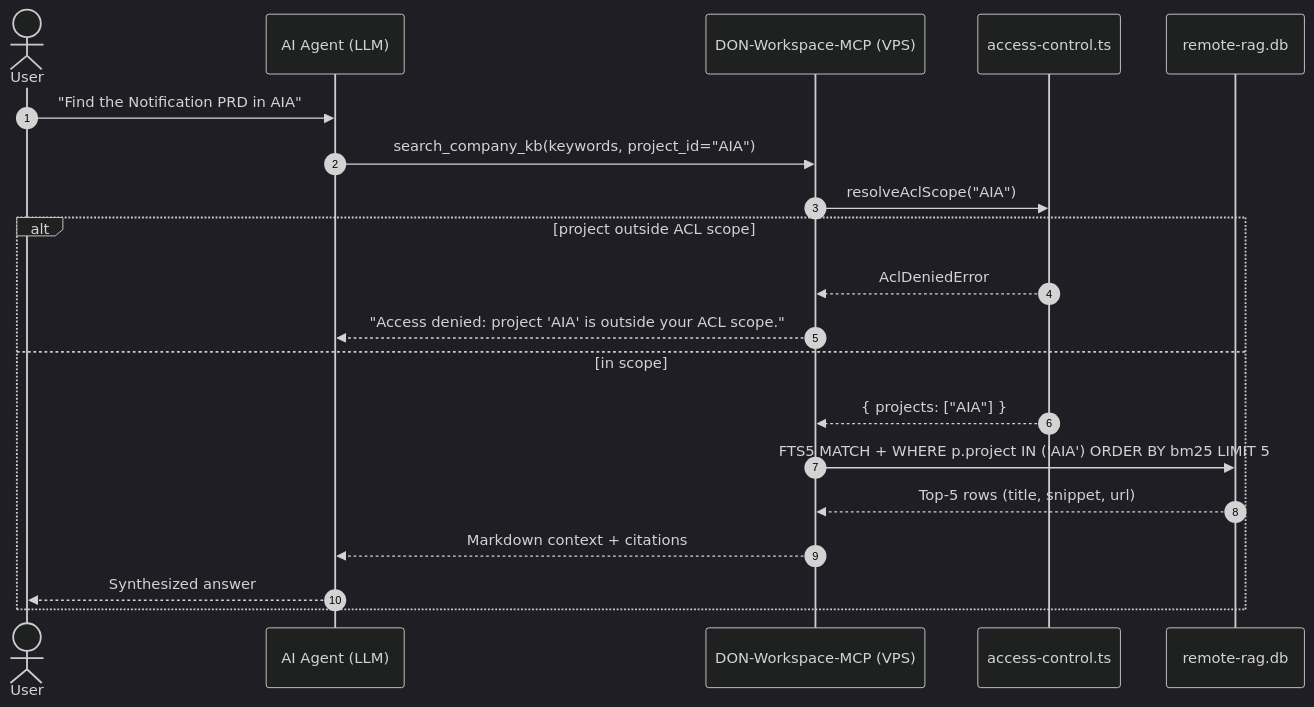
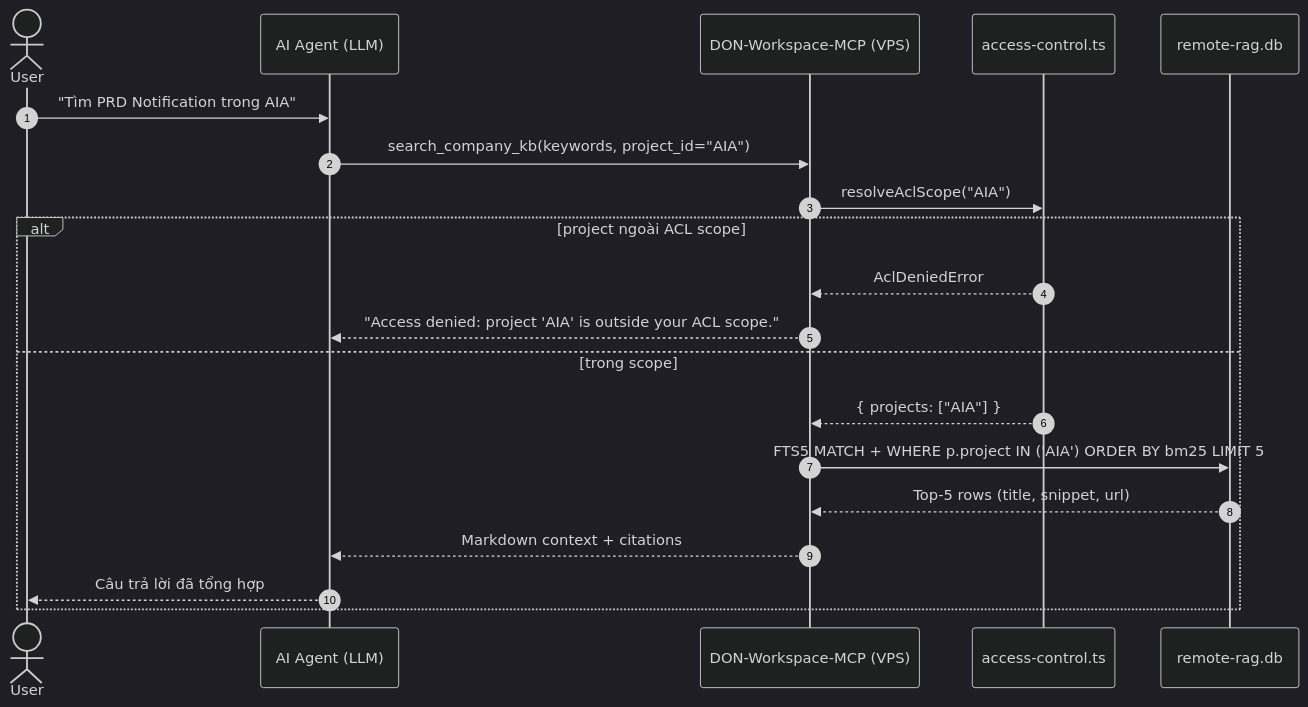
One commit to cachep-xidau/MCP-server changed the fourth of 5 diagrams in README.md. Above: the diagram before and after it, drawn with Mermaid (dark theme). The commit also changed other lines of this file, not shown here.

````diff
--- a/README.md
+++ b/README.md
@@ -104,23 +104,23 @@
 ```mermaid
 sequenceDiagram
     autonumber
     actor User as User
     participant AI as AI Agent (LLM)
     participant MCP as DON-Workspace-MCP (VPS)
     participant ACL as access-control.ts
     participant DB as remote-rag.db
 
-    User->>AI: "Find the Notification PRD in AIA"
+    User->>AI: "Tìm PRD Notification trong AIA"
     AI->>MCP: search_company_kb(keywords, project_id="AIA")
     MCP->>ACL: resolveAclScope("AIA")
-    alt project outside ACL scope
+    alt project ngoài ACL scope
         ACL-->>MCP: AclDeniedError
         MCP-->>AI: "Access denied: project 'AIA' is outside your ACL scope."
-    else in scope
+    else trong scope
         ACL-->>MCP: { projects: ["AIA"] }
         MCP->>DB: FTS5 MATCH + WHERE p.project IN ('AIA') ORDER BY bm25 LIMIT 5
         DB-->>MCP: Top-5 rows (title, snippet, url)
         MCP-->>AI: Markdown context + citations
-        AI-->>User: Synthesized answer
+        AI-->>User: Câu trả lời đã tổng hợp
     end
 ```
````
